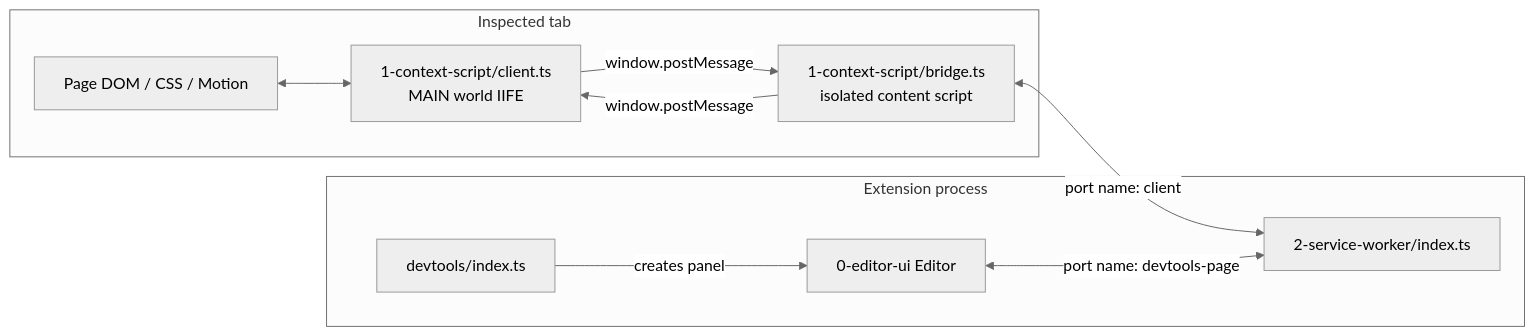
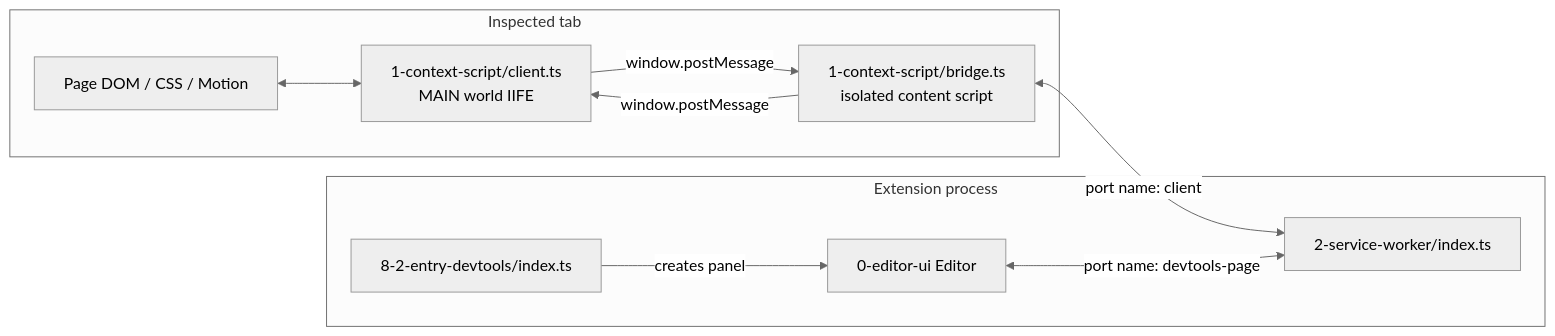
The first of 6 diagrams in README.md (maxzz/transitions-chrome), drawn with Mermaid (neutral theme) before and after one commit. The commit also changed other lines of this file and 27 other files, not shown here.

````diff
--- a/README.md
+++ b/README.md
@@ -136,21 +136,21 @@
 ```mermaid
 flowchart LR
   subgraph Page["Inspected tab"]
     DOM["Page DOM / CSS / Motion"]
     Client["1-context-script/client.ts<br/>MAIN world IIFE"]
     Bridge["1-context-script/bridge.ts<br/>isolated content script"]
     DOM <--> Client
     Client -->|"window.postMessage"| Bridge
     Bridge -->|"window.postMessage"| Client
   end
 
   subgraph Extension["Extension process"]
     SW["2-service-worker/index.ts"]
-    DT["devtools/index.ts"]
+    DT["8-2-entry-devtools/index.ts"]
     Editor["0-editor-ui Editor"]
     DT -->|creates panel| Editor
   end
 
   Bridge <-->|"port name: client"| SW
   Editor <-->|"port name: devtools-page"| SW
 ```
````
